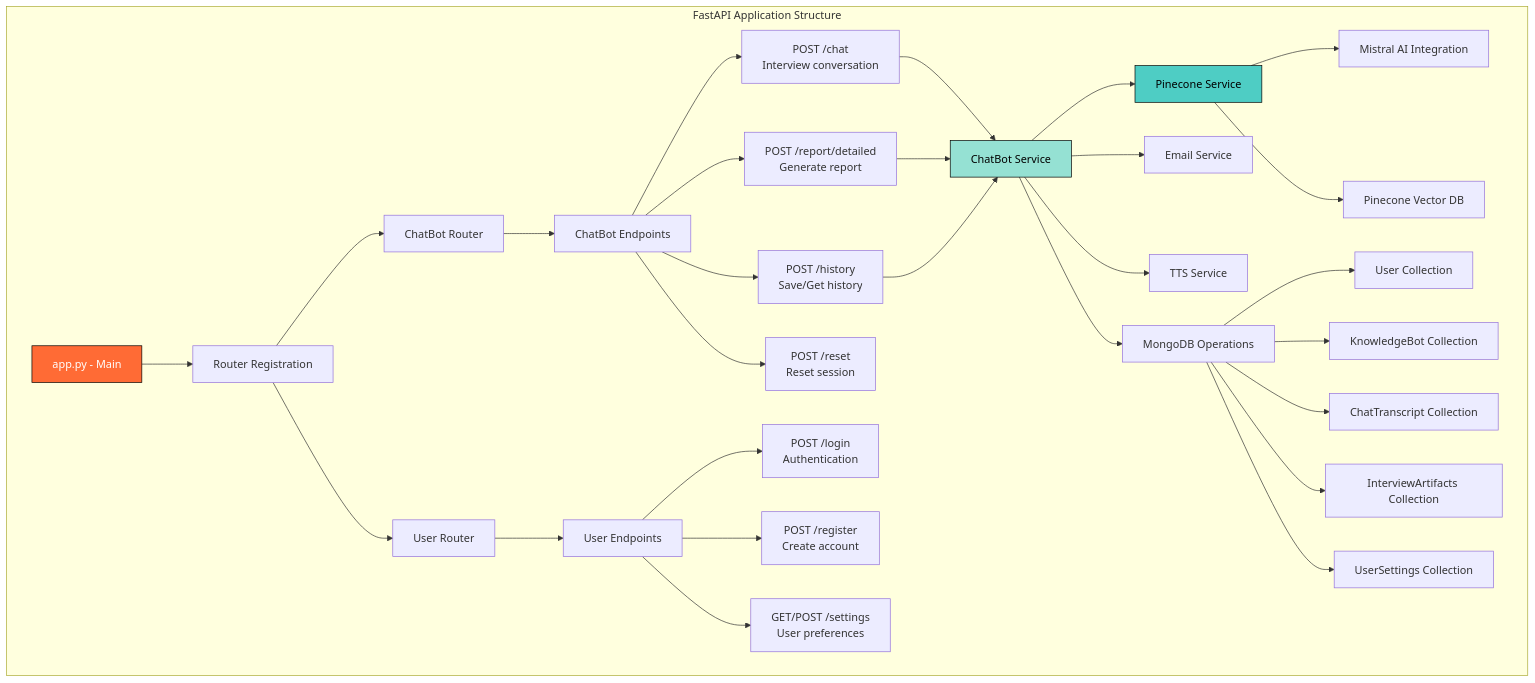
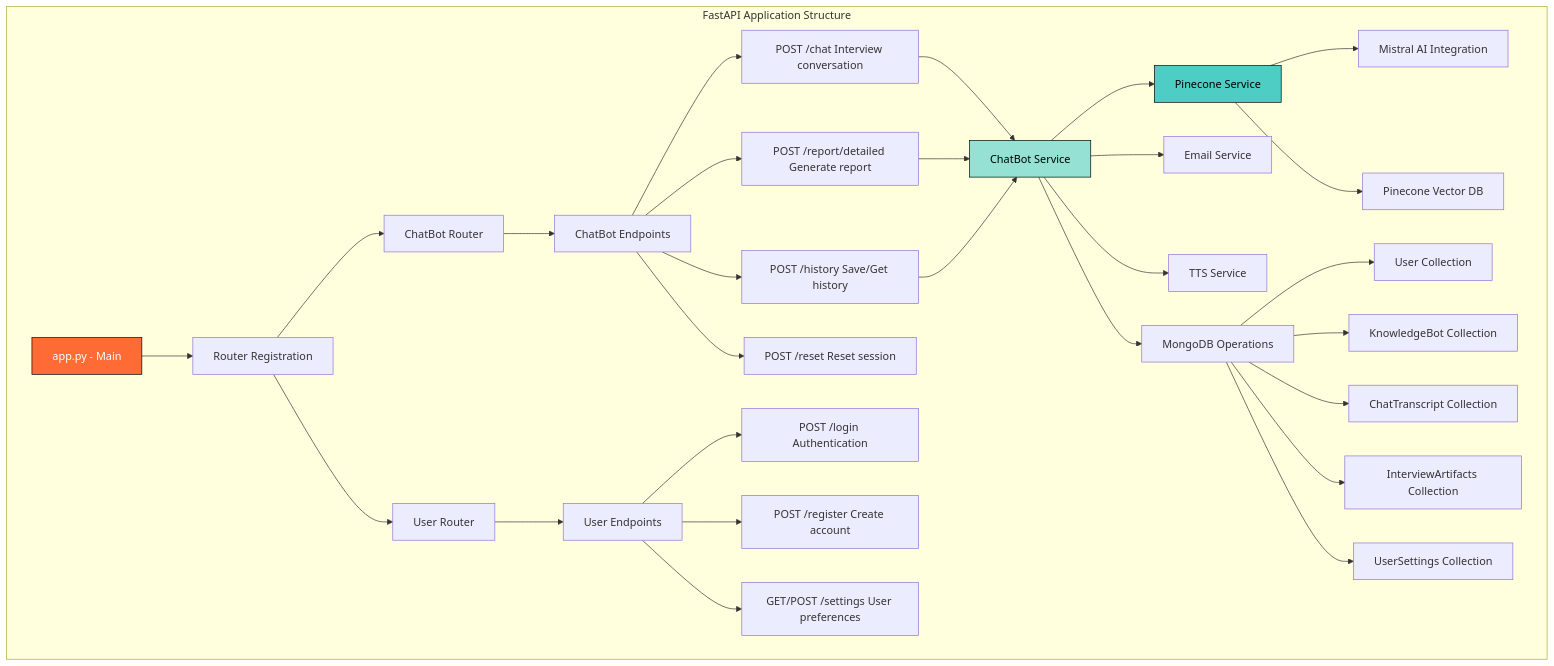
The sixth of 14 diagrams in ARCHITECTURE_DIAGRAM.md (Yandnyavalkya/JavaSherpa), drawn with Mermaid before and after one commit. The commit also changed other lines of this file and 29 other files, not shown here.

````diff
--- a/ARCHITECTURE_DIAGRAM.md
+++ b/ARCHITECTURE_DIAGRAM.md
@@ -263,41 +263,41 @@
 ```mermaid
 graph TD
     subgraph "FastAPI Application Structure"
         A[app.py - Main] --> B[Router Registration]
         B --> C[User Router]
         B --> D[ChatBot Router]
         
         D --> E[ChatBot Endpoints]
-        E --> F["POST /chat<br/>Interview conversation"]
-        E --> G["POST /report/detailed<br/>Generate report"]
-        E --> H["POST /history<br/>Save/Get history"]
-        E --> I["POST /reset<br/>Reset session"]
+        E --> F["POST /chat Interview conversation"]
+        E --> G["POST /report/detailed Generate report"]
+        E --> H["POST /history Save/Get history"]
+        E --> I["POST /reset Reset session"]
         
         C --> J[User Endpoints]
-        J --> K["POST /login<br/>Authentication"]
-        J --> L["POST /register<br/>Create account"]
-        J --> M["GET/POST /settings<br/>User preferences"]
+        J --> K["POST /login Authentication"]
+        J --> L["POST /register Create account"]
+        J --> M["GET/POST /settings User preferences"]
         
         F --> N[ChatBot Service]
         G --> N
         H --> N
         
         N --> O[Pinecone Service]
         N --> P[Email Service]
         N --> Q[TTS Service]
         
         O --> R[Mistral AI Integration]
         O --> S[Pinecone Vector DB]
         
         N --> T[MongoDB Operations]
         T --> U[User Collection]
         T --> V[KnowledgeBot Collection]
         T --> W[ChatTranscript Collection]
         T --> X[InterviewArtifacts Collection]
         T --> Y[UserSettings Collection]
     end
     
     style A fill:#FF6B35,stroke:#000,color:#fff
     style O fill:#4ECDC4,stroke:#000,color:#000
     style N fill:#95E1D3,stroke:#000,color:#000
 ```
````
